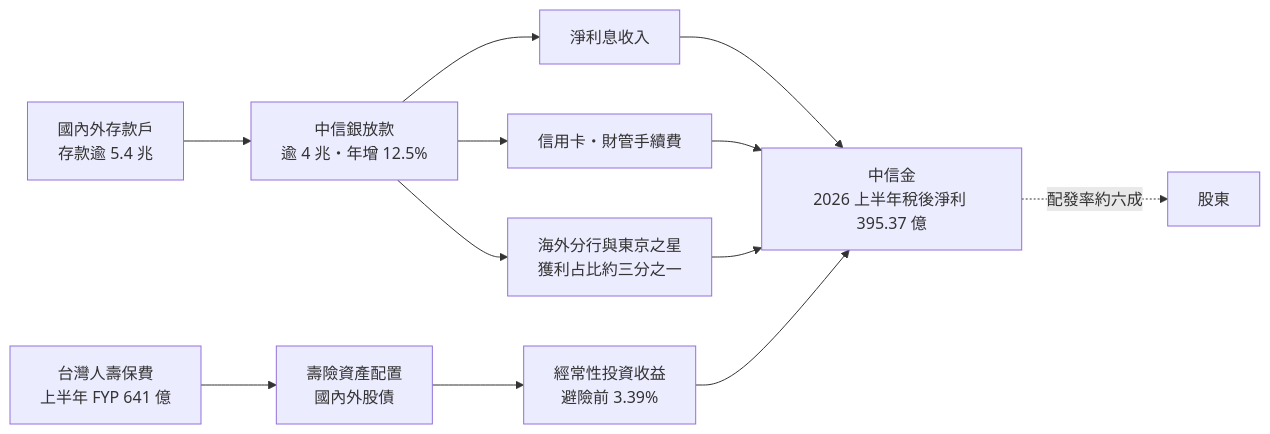
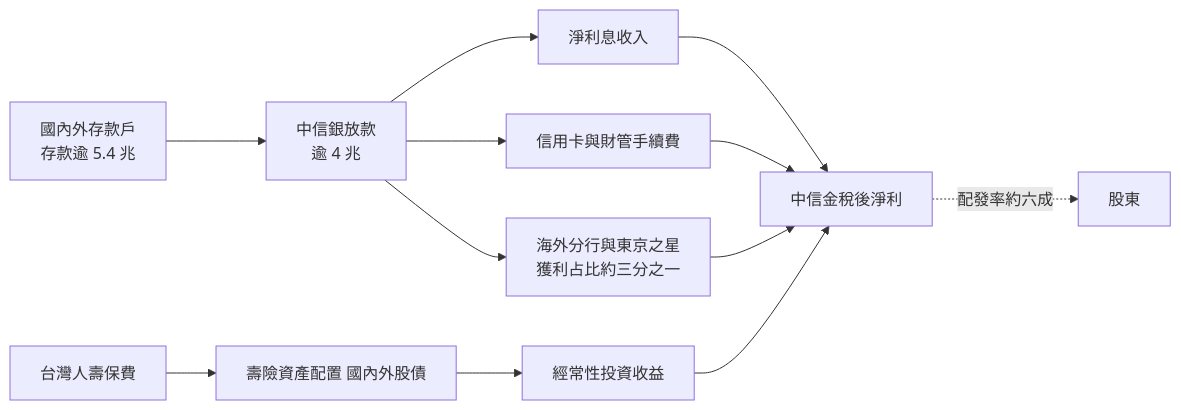
Before and after one commit to wangnick1004/taiwan-stock-vault: the second of 4 diagrams in 個股/台股/2891中信金.md, drawn with Mermaid. The commit also changed other lines of this file and 7 other files, not shown here.

````diff
--- a/個股/台股/2891中信金.md
+++ b/個股/台股/2891中信金.md
@@ -69,14 +67,14 @@
 ```mermaid
 flowchart LR
-    A[國內外存款戶<br/>存款逾 5.4 兆] --> C[中信銀放款<br/>逾 4 兆・年增 12.5%]
-    B[台灣人壽保費<br/>上半年 FYP 641 億] --> D[壽險資產配置<br/>國內外股債]
+    A["國內外存款戶<br/>存款逾 5.4 兆"] --> C["中信銀放款<br/>逾 4 兆"]
+    B[台灣人壽保費] --> D[壽險資產配置 國內外股債]
     C --> E[淨利息收入]
-    C --> F[信用卡・財管手續費]
-    C --> G[海外分行與東京之星<br/>獲利占比約三分之一]
-    D --> H[經常性投資收益<br/>避險前 3.39%]
-    E --> J[中信金<br/>2026 上半年稅後淨利 395.37 億]
+    C --> F[信用卡與財管手續費]
+    C --> G["海外分行與東京之星<br/>獲利占比約三分之一"]
+    D --> H[經常性投資收益]
+    E --> J[中信金稅後淨利]
     F --> J
     G --> J
     H --> J
     J -. 配發率約六成 .-> K[股東]
 ```
````
